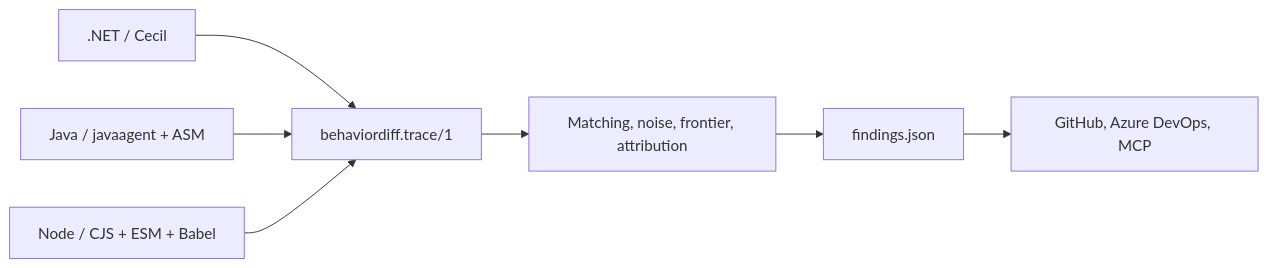
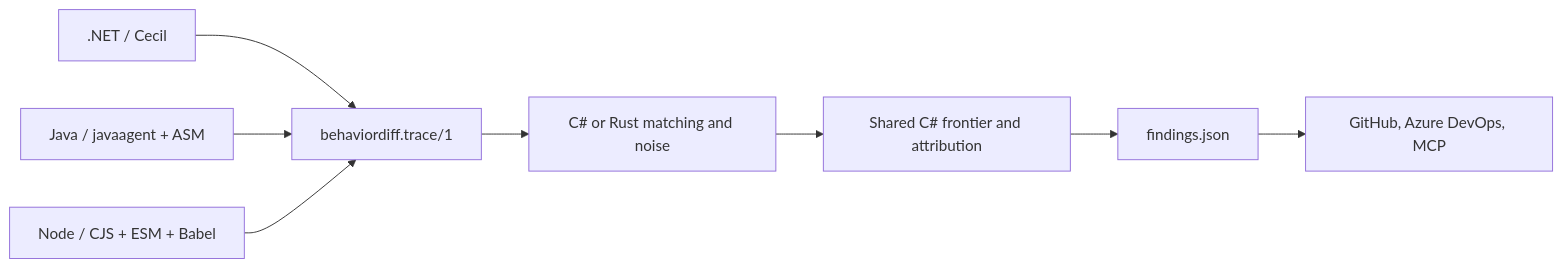
The first of 2 diagrams in README.md (issacnitin/BehaviorDiff), drawn with Mermaid before and after one commit. The commit also changed other lines of this file and 13 other files, not shown here.

````diff
--- a/README.md
+++ b/README.md
@@ -13,9 +13,10 @@
 ```mermaid
 flowchart LR
   D[.NET / Cecil] --> T[behaviordiff.trace/1]
   J[Java / javaagent + ASM] --> T
   N[Node / CJS + ESM + Babel] --> T
-  T --> E[Matching, noise, frontier, attribution]
-  E --> F[findings.json]
+  T --> E[C# or Rust matching and noise]
+  E --> A[Shared C# frontier and attribution]
+  A --> F[findings.json]
   F --> P[GitHub, Azure DevOps, MCP]
 ```
````
